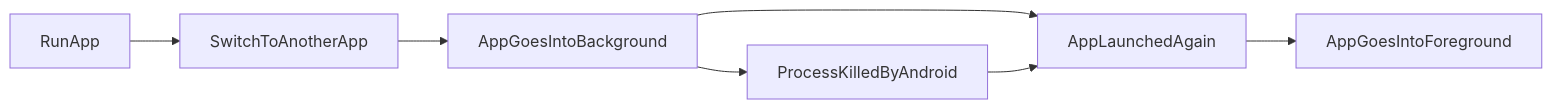
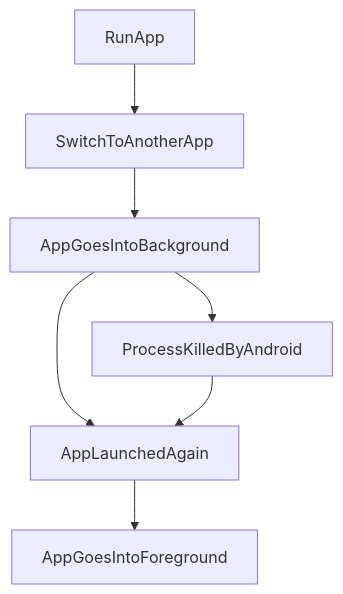
The fourth of 4 diagrams in _posts/2024-03-28-process-death-is-the-rule-not-the-exception.md (galex/galex.github.io), drawn with Mermaid before and after one commit. The commit also changed other lines of this file and 5 other files, not shown here.

````diff
--- a/_posts/2024-03-28-process-death-is-the-rule-not-the-exception.md
+++ b/_posts/2024-03-28-process-death-is-the-rule-not-the-exception.md
@@ -45,7 +45,7 @@
 ```mermaid
-flowchart LR
+flowchart TD
   RunApp --> SwitchToAnotherApp --> AppGoesIntoBackground
   AppGoesIntoBackground --> AppLaunchedAgain
   AppGoesIntoBackground --> ProcessKilledByAndroid --> AppLaunchedAgain
   AppLaunchedAgain --> AppGoesIntoForeground
 ```
````
